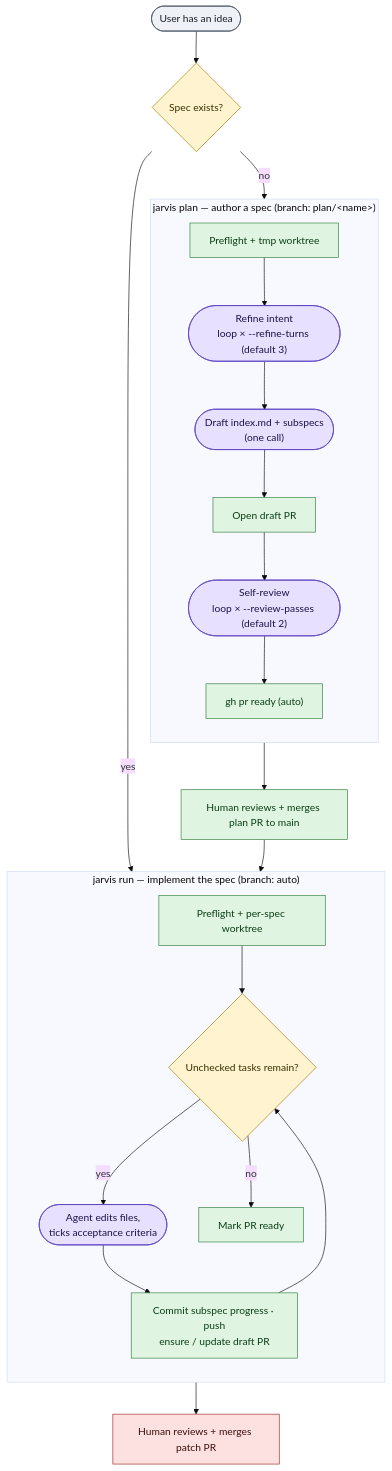
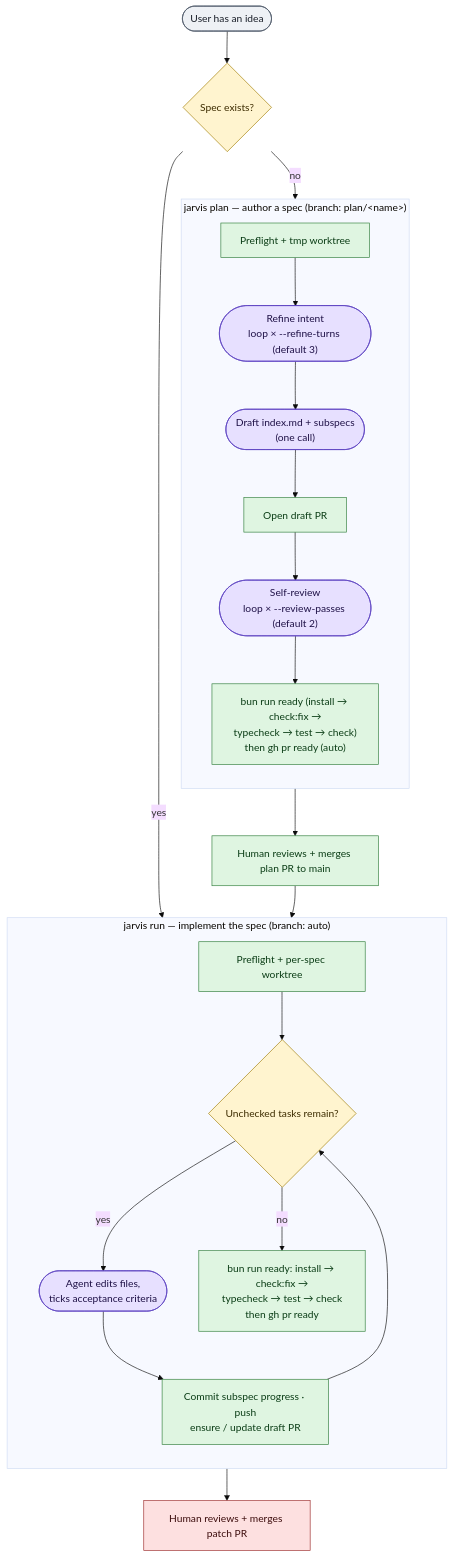
The second of 5 diagrams in docs/workflows.md (cbrenner04/jarvis), drawn with Mermaid (base theme) before and after one commit. The commit also changed other lines of this file and 11 other files, not shown here.

First line of the commit message:
Run `check:fix` before `ready` (#86)

````diff
--- a/docs/workflows.md
+++ b/docs/workflows.md
@@ -45,38 +45,38 @@
 ```mermaid
 flowchart TD
   start([User has an idea]):::neutral
   start --> planQ{"Spec exists?"}:::dec
   planQ -- yes --> runEntry
   planQ -- no --> planEntry
 
   subgraph planMode["jarvis plan — author a spec (branch: plan/&lt;name&gt;)"]
     direction TB
     planEntry["Preflight + tmp worktree"]:::det
     planEntry --> refine(["Refine intent<br/>loop × --refine-turns (default 3)"]):::llm
     refine --> draft(["Draft index.md + subspecs<br/>(one call)"]):::llm
     draft --> openDraft["Open draft PR"]:::det
     openDraft --> review(["Self-review<br/>loop × --review-passes (default 2)"]):::llm
-    review --> markReady["gh pr ready (auto)"]:::det
+     review --> markReady["bun run ready (install → check:fix →<br/>typecheck → test → check)<br/>then gh pr ready (auto)"]:::det
   end
 
   markReady --> handoff["Human reviews + merges plan PR to main"]:::det
   handoff --> runEntry
 
   subgraph patchMode["jarvis run — implement the spec (branch: auto)"]
     direction TB
     runEntry["Preflight + per-spec worktree"]:::det
     runEntry --> iterLoop{"Unchecked tasks remain?"}:::dec
     iterLoop -- yes --> agentCall(["Agent edits files,<br/>ticks acceptance criteria"]):::llm
     agentCall --> commit["Commit subspec progress · push<br/>ensure / update draft PR"]:::det
     commit --> iterLoop
-    iterLoop -- no --> patchReady["Mark PR ready"]:::det
+    iterLoop -- no -->    patchReady["bun run ready: install → check:fix →<br/>typecheck → test → check<br/>then gh pr ready"]:::det
   end
 
   patchReady --> done["Human reviews + merges patch PR"]:::stop
 
   classDef det fill:#dff5e1,stroke:#2f7d3a,color:#0b3d16;
   classDef llm fill:#e7e0ff,stroke:#5b3fc0,color:#1f1147;
   classDef dec fill:#fff4cf,stroke:#a07b00,color:#3d2c00;
   classDef stop fill:#fde0e0,stroke:#9c2a2a,color:#3d0d0d;
   classDef neutral fill:#eef1f5,stroke:#4a5566,color:#1a1f29;
 ```
````
